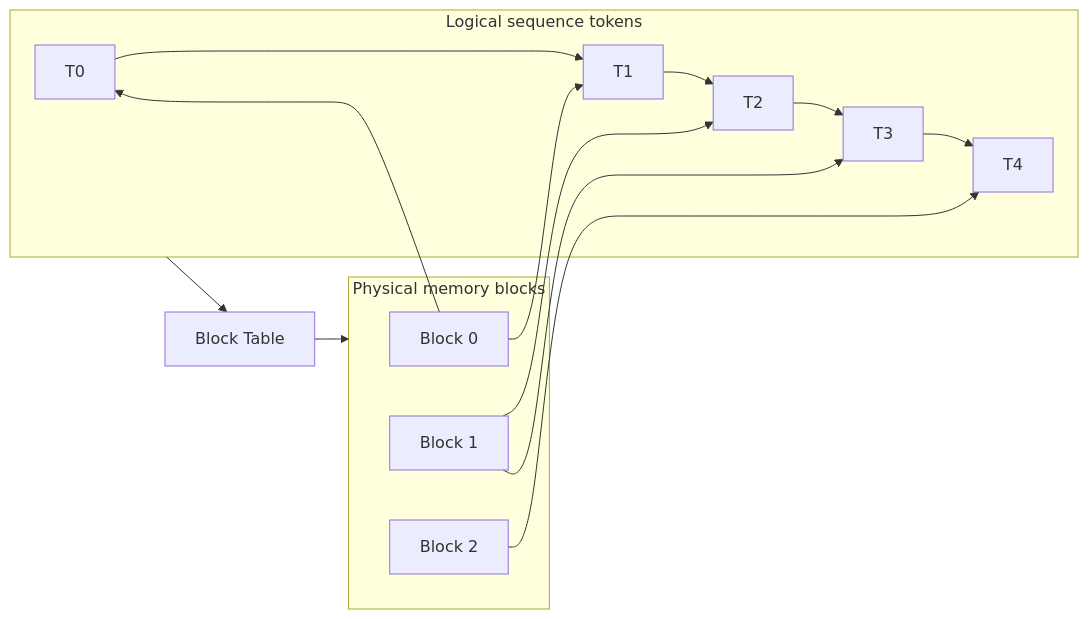
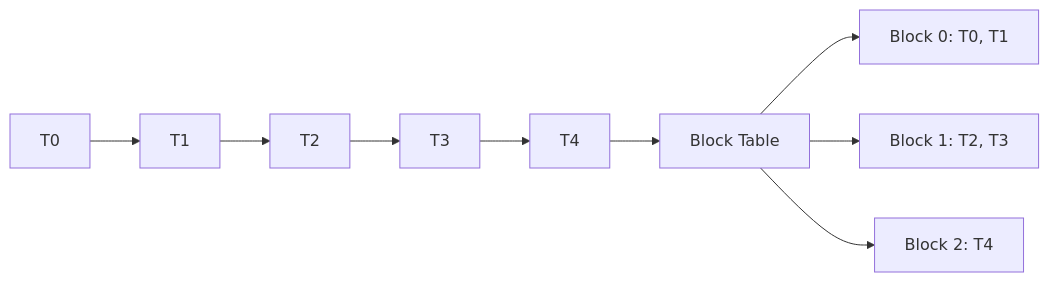
Diagram 23 of 37 in lab0.2/README.md (Shahriarin2garden/vllm_from_scratch), drawn with Mermaid before and after one commit. The commit also changed other lines of this file, not shown here.

Commit message:
Refactor diagrams in README.md for improved clarity and consistency

````diff
--- a/lab0.2/README.md
+++ b/lab0.2/README.md
@@ -789,12 +684,8 @@
 ```mermaid
 flowchart LR
-    subgraph Logical[Logical sequence tokens]
-        T0[T0] --> T1[T1] --> T2[T2] --> T3[T3] --> T4[T4]
-    end
-    subgraph Physical[Physical memory blocks]
-        B0[Block 0] --> T0[T0] & T1[T1]
-        B1[Block 1] --> T2[T2] & T3[T3]
-        B2[Block 2] --> T4[T4]
-    end
-    Logical --> Mapping[Block Table] --> Physical
+    T0[T0] --> T1[T1] --> T2[T2] --> T3[T3] --> T4[T4]
+    T4 --> Mapping[Block Table]
+    Mapping --> B0["Block 0: T0, T1"]
+    Mapping --> B1["Block 1: T2, T3"]
+    Mapping --> B2["Block 2: T4"]
 ```
````
